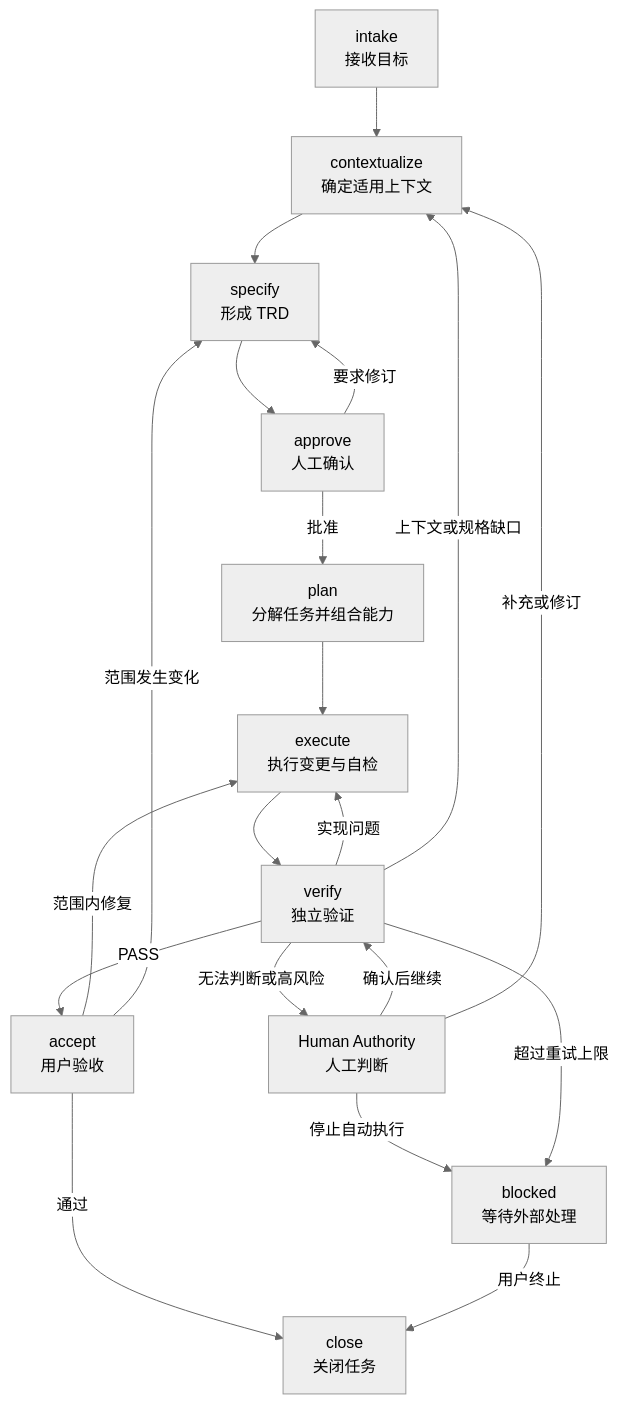
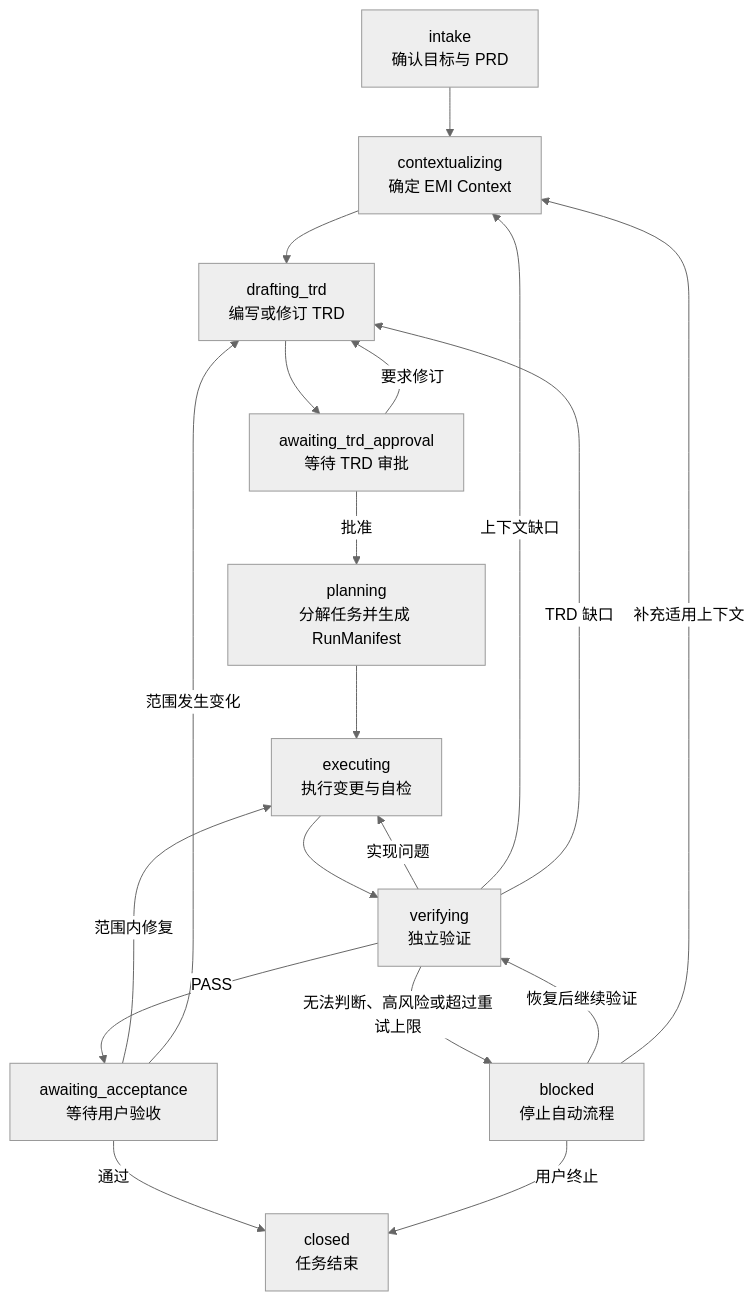
The second of 3 diagrams in README.md (jerrywang33/emi-harness), drawn with Mermaid (neutral theme) before and after one commit. The commit also changed other lines of this file and 2 other files, not shown here.

Commit message:
docs: establish task lifecycle states
Record the ten agreed Control Plane task states, distinguish exceptional blocking from normal approval waits, and keep exact transition guards explicitly open for the next design decision.

````diff
--- a/README.md
+++ b/README.md
@@ -137,22 +139,21 @@
 ```mermaid
 flowchart TD
-    intake["intake<br/>接收目标"] --> contextualize["contextualize<br/>确定适用上下文"]
-    contextualize --> specify["specify<br/>形成 TRD"]
-    specify --> approve["approve<br/>人工确认"]
-    approve -->|批准| plan["plan<br/>分解任务并组合能力"]
-    approve -->|要求修订| specify
-    plan --> execute["execute<br/>执行变更与自检"]
-    execute --> verify["verify<br/>独立验证"]
-    verify -->|实现问题| execute
-    verify -->|上下文或规格缺口| contextualize
-    verify -->|无法判断或高风险| human["Human Authority<br/>人工判断"]
-    human -->|确认后继续| verify
-    human -->|补充或修订| contextualize
-    human -->|停止自动执行| blocked["blocked<br/>等待外部处理"]
-    verify -->|超过重试上限| blocked
-    verify -->|PASS| accept["accept<br/>用户验收"]
-    accept -->|通过| close["close<br/>关闭任务"]
-    accept -->|范围内修复| execute
-    accept -->|范围发生变化| specify
-    blocked -->|用户终止| close
+    intake["intake<br/>确认目标与 PRD"] --> contextualizing["contextualizing<br/>确定 EMI Context"]
+    contextualizing --> drafting_trd["drafting_trd<br/>编写或修订 TRD"]
+    drafting_trd --> awaiting_trd_approval["awaiting_trd_approval<br/>等待 TRD 审批"]
+    awaiting_trd_approval -->|批准| planning["planning<br/>分解任务并生成 RunManifest"]
+    awaiting_trd_approval -->|要求修订| drafting_trd
+    planning --> executing["executing<br/>执行变更与自检"]
+    executing --> verifying["verifying<br/>独立验证"]
+    verifying -->|实现问题| executing
+    verifying -->|上下文缺口| contextualizing
+    verifying -->|TRD 缺口| drafting_trd
+    verifying -->|无法判断、高风险或超过重试上限| blocked["blocked<br/>停止自动流程"]
+    blocked -->|恢复后继续验证| verifying
+    blocked -->|补充适用上下文| contextualizing
+    verifying -->|PASS| awaiting_acceptance["awaiting_acceptance<br/>等待用户验收"]
+    awaiting_acceptance -->|通过| closed["closed<br/>任务结束"]
+    awaiting_acceptance -->|范围内修复| executing
+    awaiting_acceptance -->|范围发生变化| drafting_trd
+    blocked -->|用户终止| closed
 ```
````
